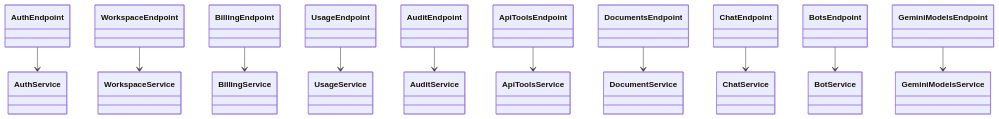
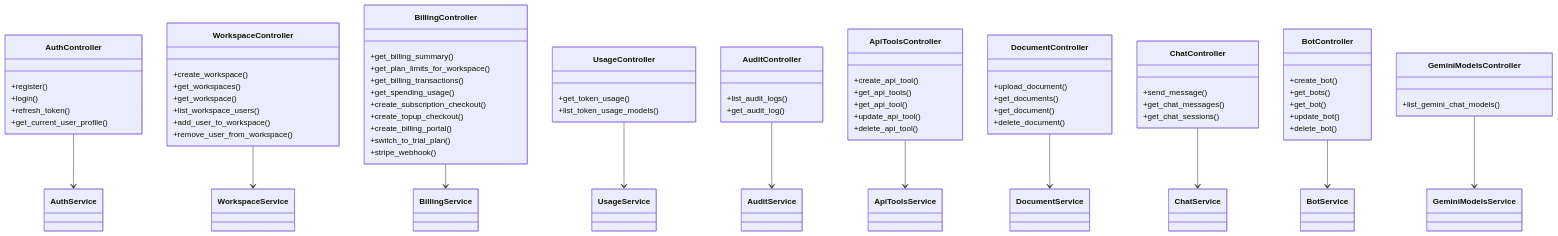
The third of 3 diagrams in docs/class-architecture.md (dimachechulov/AI-platform), drawn with Mermaid before and after one commit. The commit also changed other lines of this file, not shown here.

````diff
--- a/docs/class-architecture.md
+++ b/docs/class-architecture.md
@@ -91,15 +91,66 @@
 ```mermaid
 classDiagram
-    class AuthEndpoint
-    class WorkspaceEndpoint
-    class BillingEndpoint
-    class UsageEndpoint
-    class AuditEndpoint
-    class ApiToolsEndpoint
-    class DocumentsEndpoint
-    class ChatEndpoint
-    class BotsEndpoint
-    class GeminiModelsEndpoint
+    class AuthController {
+        +register()
+        +login()
+        +refresh_token()
+        +get_current_user_profile()
+    }
+    class WorkspaceController {
+        +create_workspace()
+        +get_workspaces()
+        +get_workspace()
+        +list_workspace_users()
+        +add_user_to_workspace()
+        +remove_user_from_workspace()
+    }
+    class BillingController {
+        +get_billing_summary()
+        +get_plan_limits_for_workspace()
+        +get_billing_transactions()
+        +get_spending_usage()
+        +create_subscription_checkout()
+        +create_topup_checkout()
+        +create_billing_portal()
+        +switch_to_trial_plan()
+        +stripe_webhook()
+    }
+    class UsageController {
+        +get_token_usage()
+        +list_token_usage_models()
+    }
+    class AuditController {
+        +list_audit_logs()
+        +get_audit_log()
+    }
+    class ApiToolsController {
+        +create_api_tool()
+        +get_api_tools()
+        +get_api_tool()
+        +update_api_tool()
+        +delete_api_tool()
+    }
+    class DocumentController {
+        +upload_document()
+        +get_documents()
+        +get_document()
+        +delete_document()
+    }
+    class ChatController {
+        +send_message()
+        +get_chat_messages()
+        +get_chat_sessions()
+    }
+    class BotController {
+        +create_bot()
+        +get_bots()
+        +get_bot()
+        +update_bot()
+        +delete_bot()
+    }
+    class GeminiModelsController {
+        +list_gemini_chat_models()
+    }
 
     class AuthService
     class WorkspaceService
@@ -112,14 +163,14 @@
     class BotService
     class GeminiModelsService
 
-    AuthEndpoint --> AuthService
-    WorkspaceEndpoint --> WorkspaceService
-    BillingEndpoint --> BillingService
-    UsageEndpoint --> UsageService
-    AuditEndpoint --> AuditService
-    ApiToolsEndpoint --> ApiToolsService
-    DocumentsEndpoint --> DocumentService
-    ChatEndpoint --> ChatService
-    BotsEndpoint --> BotService
-    GeminiModelsEndpoint --> GeminiModelsService
+    AuthController --> AuthService
+    WorkspaceController --> WorkspaceService
+    BillingController --> BillingService
+    UsageController --> UsageService
+    AuditController --> AuditService
+    ApiToolsController --> ApiToolsService
+    DocumentController --> DocumentService
+    ChatController --> ChatService
+    BotController --> BotService
+    GeminiModelsController --> GeminiModelsService
 ```
````
